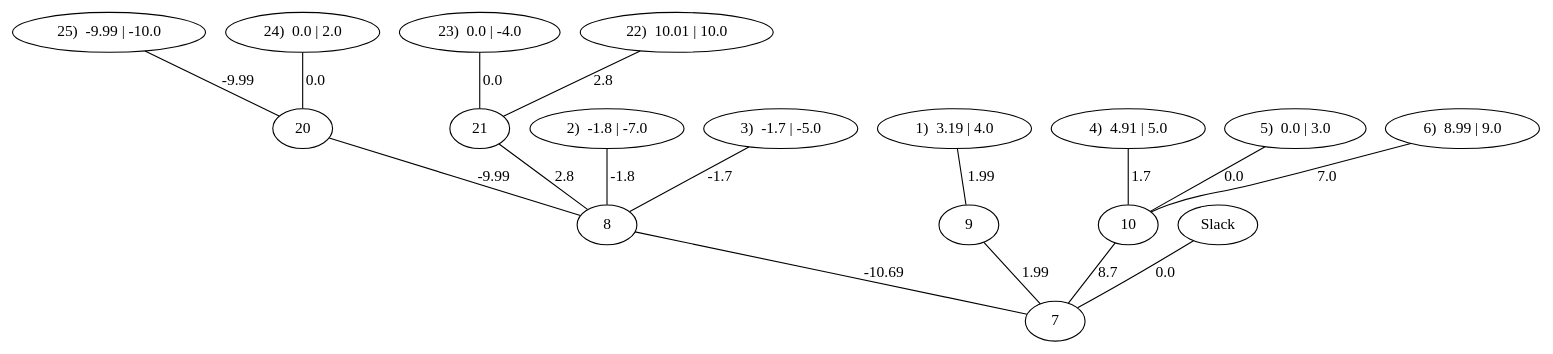
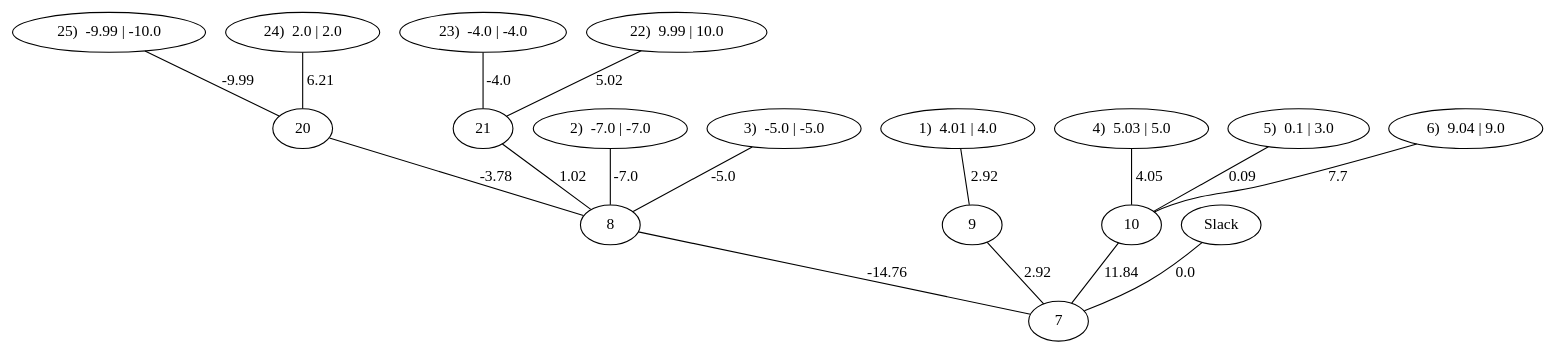
The diagram in energy-network/src/main/results/result-arbre10.dot (Aubret/energy-network), drawn with Graphviz before and after one commit. The commit also changed 36 other files, not shown here.

```diff
--- a/energy-network/src/main/results/result-arbre10.dot
+++ b/energy-network/src/main/results/result-arbre10.dot
@@ -1,35 +1,35 @@
 strict graph G {
   7 [ label="7" ];
   8 [ label="8" ];
   20 [ label="20" ];
   25 [ label="25)  -9.99 | -10.0" ];
-  24 [ label="24)  0.0 | 2.0" ];
+  24 [ label="24)  2.0 | 2.0" ];
   21 [ label="21" ];
-  23 [ label="23)  0.0 | -4.0" ];
-  22 [ label="22)  10.01 | 10.0" ];
-  2 [ label="2)  -1.8 | -7.0" ];
-  3 [ label="3)  -1.7 | -5.0" ];
+  23 [ label="23)  -4.0 | -4.0" ];
+  22 [ label="22)  9.99 | 10.0" ];
+  2 [ label="2)  -7.0 | -7.0" ];
+  3 [ label="3)  -5.0 | -5.0" ];
   9 [ label="9" ];
-  1 [ label="1)  3.19 | 4.0" ];
+  1 [ label="1)  4.01 | 4.0" ];
   10 [ label="10" ];
-  4 [ label="4)  4.91 | 5.0" ];
-  5 [ label="5)  0.0 | 3.0" ];
-  6 [ label="6)  8.99 | 9.0" ];
+  4 [ label="4)  5.03 | 5.0" ];
+  5 [ label="5)  0.1 | 3.0" ];
+  6 [ label="6)  9.04 | 9.0" ];
   0 [ label="Slack" ];
-  8 -- 7 [ label="-10.69" ];
-  20 -- 8 [ label="-9.99" ];
+  8 -- 7 [ label="-14.76" ];
+  20 -- 8 [ label="-3.78" ];
   25 -- 20 [ label="-9.99" ];
-  24 -- 20 [ label="0.0" ];
-  21 -- 8 [ label="2.8" ];
-  23 -- 21 [ label="0.0" ];
-  22 -- 21 [ label="2.8" ];
-  2 -- 8 [ label="-1.8" ];
-  3 -- 8 [ label="-1.7" ];
-  9 -- 7 [ label="1.99" ];
-  1 -- 9 [ label="1.99" ];
-  10 -- 7 [ label="8.7" ];
-  4 -- 10 [ label="1.7" ];
-  5 -- 10 [ label="0.0" ];
-  6 -- 10 [ label="7.0" ];
+  24 -- 20 [ label="6.21" ];
+  21 -- 8 [ label="1.02" ];
+  23 -- 21 [ label="-4.0" ];
+  22 -- 21 [ label="5.02" ];
+  2 -- 8 [ label="-7.0" ];
+  3 -- 8 [ label="-5.0" ];
+  9 -- 7 [ label="2.92" ];
+  1 -- 9 [ label="2.92" ];
+  10 -- 7 [ label="11.84" ];
+  4 -- 10 [ label="4.05" ];
+  5 -- 10 [ label="0.09" ];
+  6 -- 10 [ label="7.7" ];
   0 -- 7 [ label="0.0" ];
 }
```
